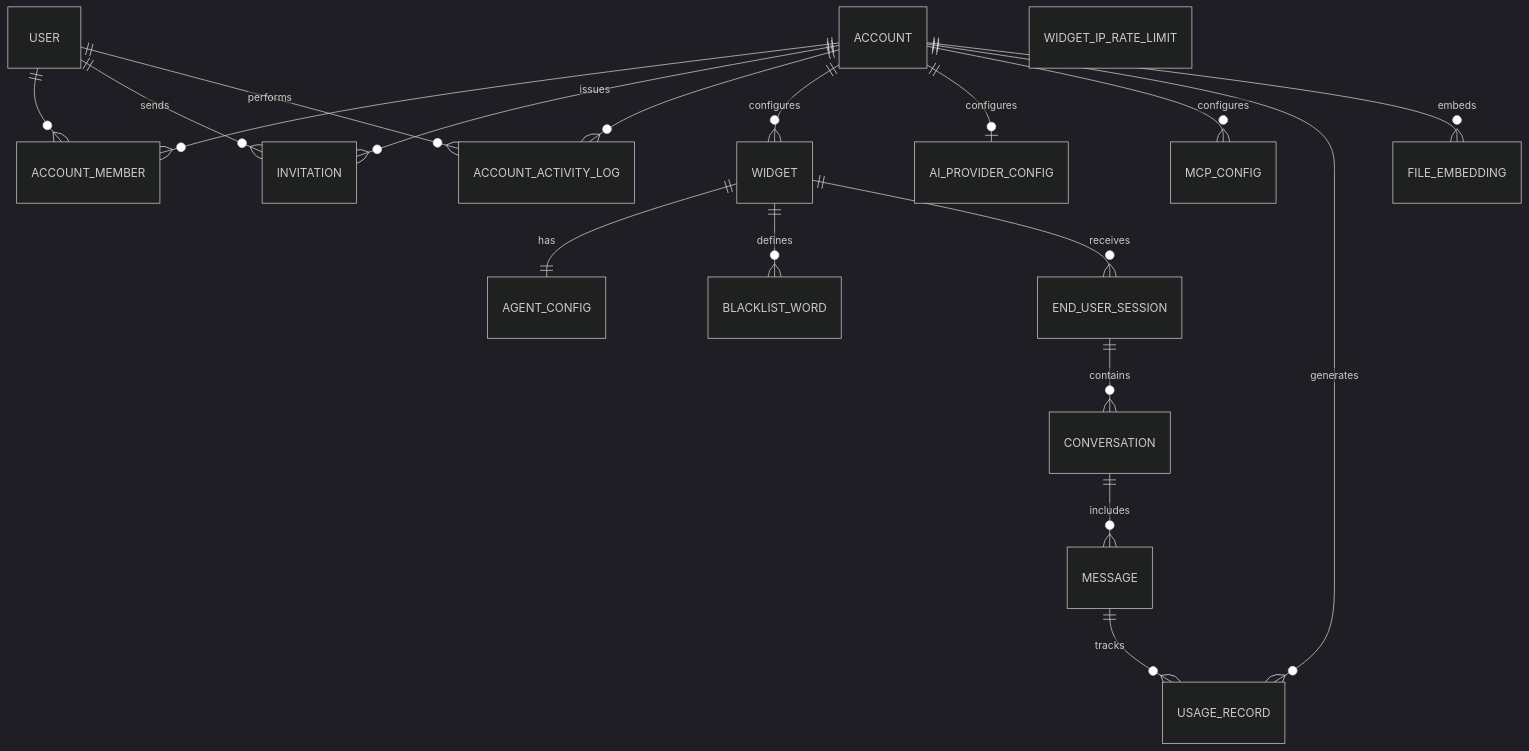
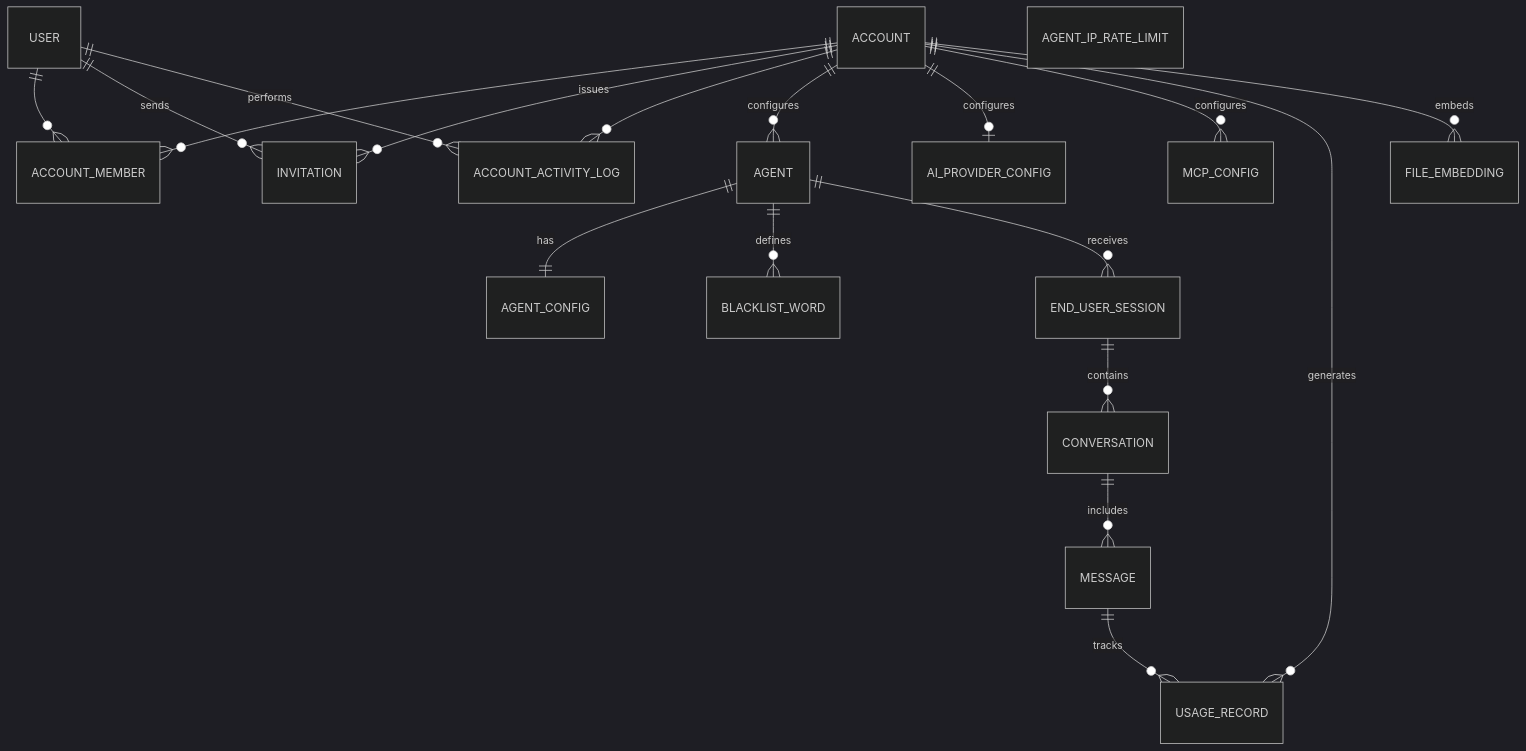
One commit to Talqo/talqo changed the diagram in docs/ERD.md. Above: the diagram before and after it, drawn with Mermaid (dark theme). The commit also changed 1 other file, not shown here.

Commit message:
docs: rename WIDGET entity to AGENT in ERD for consistency
The agent module owns these tables but the ERD still used the
pre-rename WIDGET name, diverging from module-diagram.md.

````diff
--- a/docs/ERD.md
+++ b/docs/ERD.md
@@ -5,43 +5,43 @@
 ```mermaid
 erDiagram
     ACCOUNT
     USER
     ACCOUNT_MEMBER
     INVITATION
     ACCOUNT_ACTIVITY_LOG
 
-    WIDGET
+    AGENT
     AGENT_CONFIG
     BLACKLIST_WORD
-    WIDGET_IP_RATE_LIMIT
+    AGENT_IP_RATE_LIMIT
 
     MCP_CONFIG
     AI_PROVIDER_CONFIG
 
     END_USER_SESSION
     CONVERSATION
     MESSAGE
 
     FILE_EMBEDDING
     USAGE_RECORD
 
     ACCOUNT ||--o{ ACCOUNT_MEMBER : ""
     USER ||--o{ ACCOUNT_MEMBER : ""
     ACCOUNT ||--o{ INVITATION : issues
     USER ||--o{ INVITATION : sends
     ACCOUNT ||--o{ ACCOUNT_ACTIVITY_LOG : ""
     USER ||--o{ ACCOUNT_ACTIVITY_LOG : performs
 
-    ACCOUNT ||--o{ WIDGET : configures
-    WIDGET ||--|| AGENT_CONFIG : has
-    WIDGET ||--o{ BLACKLIST_WORD : defines
+    ACCOUNT ||--o{ AGENT : configures
+    AGENT ||--|| AGENT_CONFIG : has
+    AGENT ||--o{ BLACKLIST_WORD : defines
     ACCOUNT ||--o| AI_PROVIDER_CONFIG : configures
     ACCOUNT ||--o{ MCP_CONFIG : configures
     ACCOUNT ||--o{ USAGE_RECORD : generates
     ACCOUNT ||--o{ FILE_EMBEDDING : embeds
 
-    WIDGET ||--o{ END_USER_SESSION : receives
+    AGENT ||--o{ END_USER_SESSION : receives
     END_USER_SESSION ||--o{ CONVERSATION : contains
     CONVERSATION ||--o{ MESSAGE : includes
     MESSAGE ||--o{ USAGE_RECORD : tracks
 ```
````
